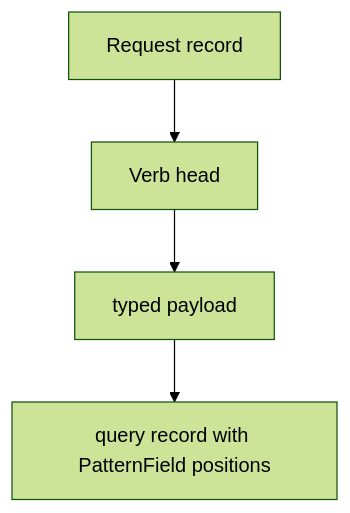
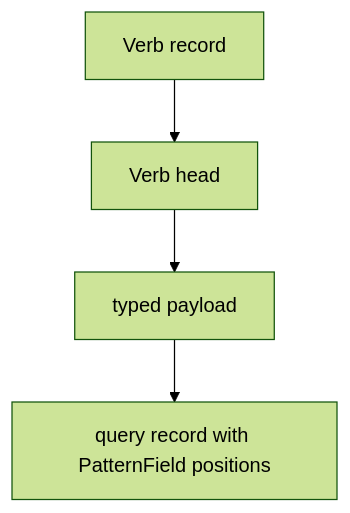
The third of 4 diagrams in reports/operator/38-nexus-tier-0-rewrite-implementation-plan.md (LiGoldragon/primary), drawn with Mermaid (forest theme) before and after one commit. The commit also changed other lines of this file, not shown here.

````diff
--- a/reports/operator/38-nexus-tier-0-rewrite-implementation-plan.md
+++ b/reports/operator/38-nexus-tier-0-rewrite-implementation-plan.md
@@ -89,10 +99,10 @@
 ```mermaid
 flowchart TD
-    request["Request record"]
+    request["Verb record"]
     verb["Verb head"]
     payload["typed payload"]
     pattern["query record with PatternField positions"]
 
     request --> verb --> payload
     payload --> pattern
 ```
````
